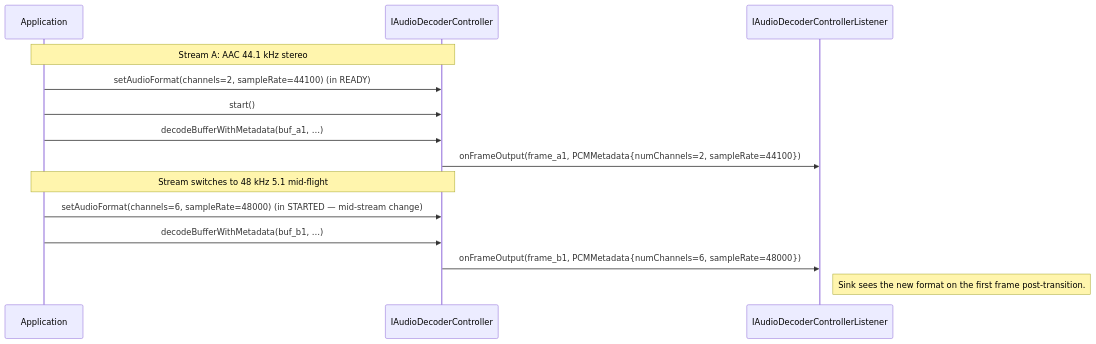
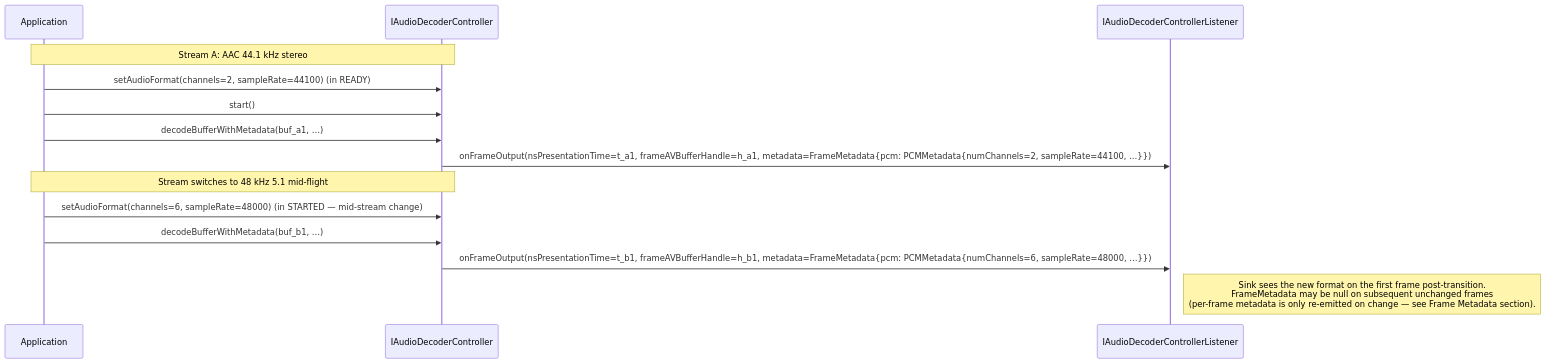
Before and after one commit to Blitzy-Sky/rdk-halif-aidl: the third of 4 diagrams in audiodecoder/current/docs/audio_decoder.md, drawn with Mermaid.

Commit message:
docs(audiodecoder): fix mermaid diagram listener signature per copilot
The sequence diagram in the new "Mid-Stream Format Changes" section used
a stylized onFrameOutput(frame, PCMMetadata{...}) call shape that didn't
match the actual listener API. Real signature is:

  onFrameOutput(in long nsPresentationTime,
                in long frameAVBufferHandle,
                in @nullable FrameMetadata metadata)

And PCMMetadata is nested inside FrameMetadata, not emitted directly.
Updated the diagram to use the real parameter names + structure, and
added a note that FrameMetadata may be null on subsequent unchanged
frames (per the Frame Metadata section's "metadata is only re-emitted
on change" rule).

````diff
--- a/audiodecoder/current/docs/audio_decoder.md
+++ b/audiodecoder/current/docs/audio_decoder.md
@@ -326,16 +326,16 @@
 ```mermaid
 sequenceDiagram
     participant App as Application
     participant Dec as IAudioDecoderController
     participant Lst as IAudioDecoderControllerListener
     Note over App,Dec: Stream A: AAC 44.1 kHz stereo
     App->>Dec: setAudioFormat(channels=2, sampleRate=44100) (in READY)
     App->>Dec: start()
     App->>Dec: decodeBufferWithMetadata(buf_a1, …)
-    Dec->>Lst: onFrameOutput(frame_a1, PCMMetadata{numChannels=2, sampleRate=44100})
+    Dec->>Lst: onFrameOutput(nsPresentationTime=t_a1, frameAVBufferHandle=h_a1, metadata=FrameMetadata{pcm: PCMMetadata{numChannels=2, sampleRate=44100, …}})
     Note over App,Dec: Stream switches to 48 kHz 5.1 mid-flight
     App->>Dec: setAudioFormat(channels=6, sampleRate=48000) (in STARTED — mid-stream change)
     App->>Dec: decodeBufferWithMetadata(buf_b1, …)
-    Dec->>Lst: onFrameOutput(frame_b1, PCMMetadata{numChannels=6, sampleRate=48000})
-    Note right of Lst: Sink sees the new format on the first frame post-transition.
+    Dec->>Lst: onFrameOutput(nsPresentationTime=t_b1, frameAVBufferHandle=h_b1, metadata=FrameMetadata{pcm: PCMMetadata{numChannels=6, sampleRate=48000, …}})
+    Note right of Lst: Sink sees the new format on the first frame post-transition.<br/>FrameMetadata may be null on subsequent unchanged frames<br/>(per-frame metadata is only re-emitted on change — see Frame Metadata section).
 ```
````
